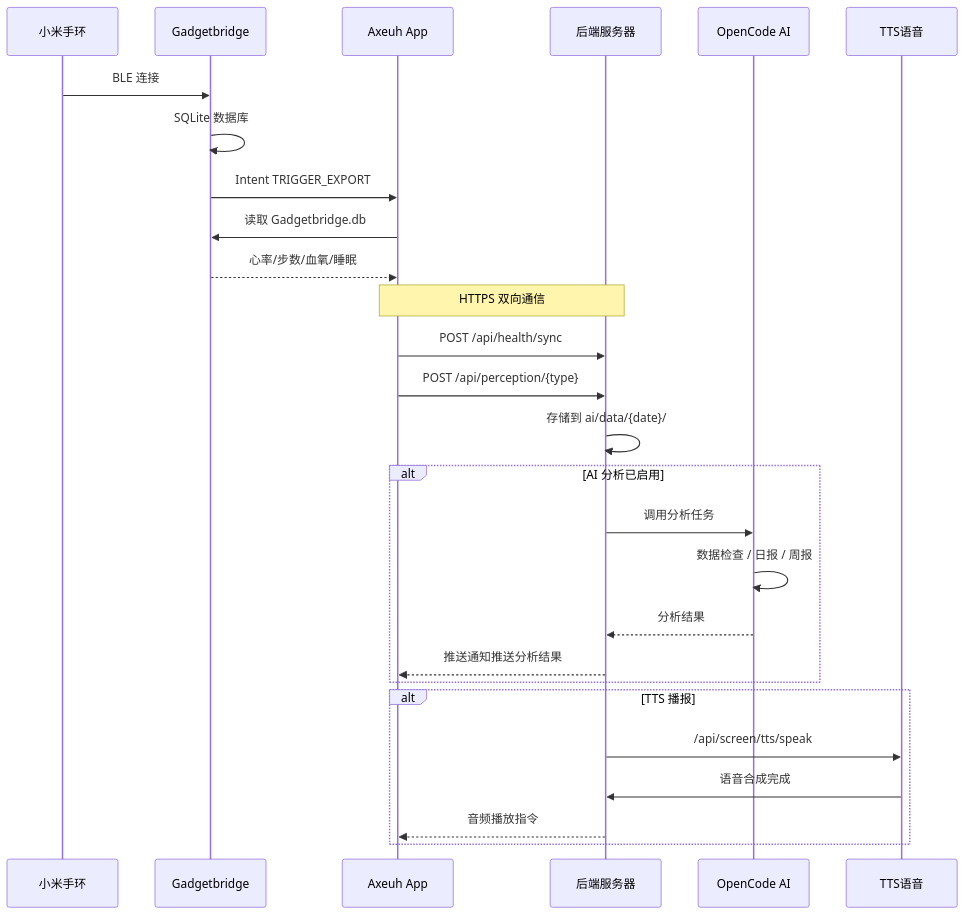
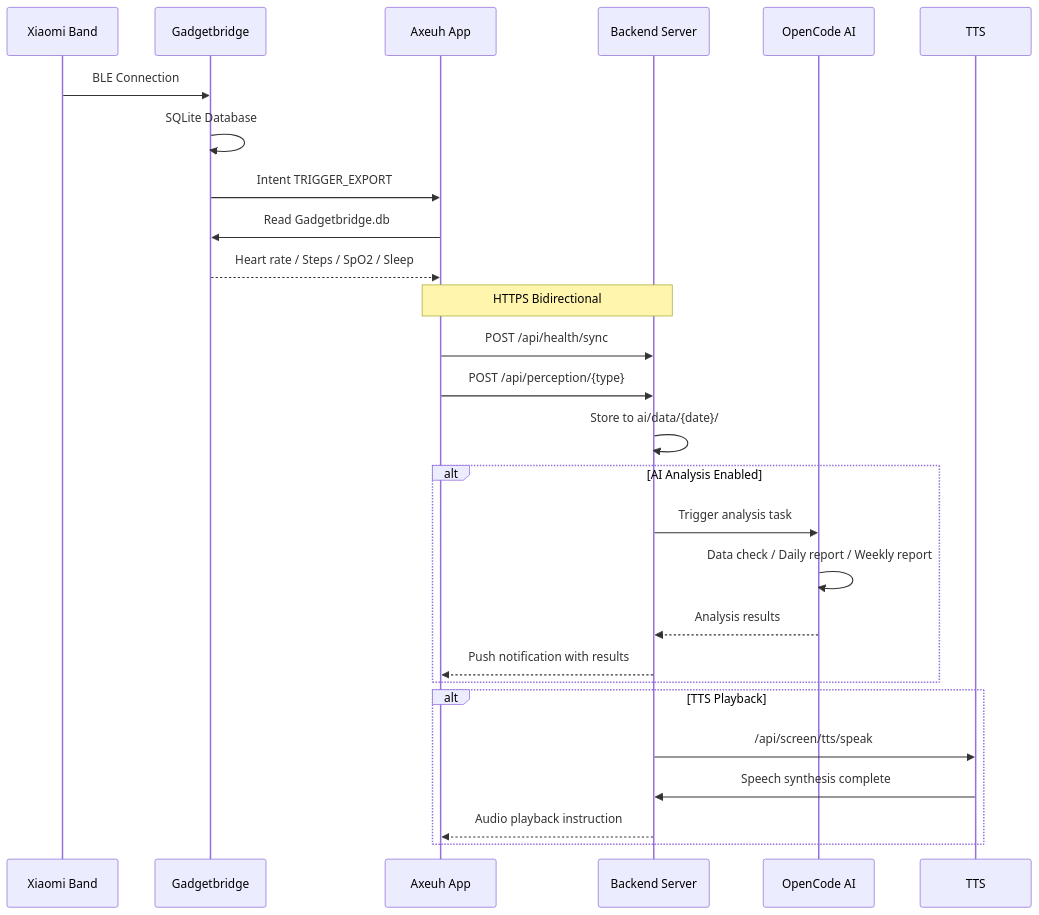
One commit to Axeuh/LiveLog-AI changed the second of 2 diagrams in README.md. Above: the diagram before and after it, drawn with Mermaid. The commit also changed other lines of this file and 1 other file, not shown here.

````diff
--- a/README.md
+++ b/README.md
@@ -91,34 +93,34 @@
 ```mermaid
 sequenceDiagram
-    participant B as 小米手环
+    participant B as Xiaomi Band
     participant G as Gadgetbridge
     participant A as Axeuh App
-    participant S as 后端服务器
+    participant S as Backend Server
     participant AI as OpenCode AI
-    participant T as TTS语音
+    participant T as TTS
 
-    B->>G: BLE 连接
-    G->>G: SQLite 数据库
+    B->>G: BLE Connection
+    G->>G: SQLite Database
     G->>A: Intent TRIGGER_EXPORT
-    A->>G: 读取 Gadgetbridge.db
-    G-->>A: 心率/步数/血氧/睡眠
+    A->>G: Read Gadgetbridge.db
+    G-->>A: Heart rate / Steps / SpO2 / Sleep
 
-    Note over A,S: HTTPS 双向通信
+    Note over A,S: HTTPS Bidirectional
 
     A->>S: POST /api/health/sync
     A->>S: POST /api/perception/{type}
-    S->>S: 存储到 ai/data/{date}/
+    S->>S: Store to ai/data/{date}/
 
-    alt AI 分析已启用
-        S->>AI: 调用分析任务
-        AI->>AI: 数据检查 / 日报 / 周报
-        AI-->>S: 分析结果
-        S-->>A: 推送通知推送分析结果
+    alt AI Analysis Enabled
+        S->>AI: Trigger analysis task
+        AI->>AI: Data check / Daily report / Weekly report
+        AI-->>S: Analysis results
+        S-->>A: Push notification with results
     end
 
-    alt TTS 播报
+    alt TTS Playback
         S->>T: /api/screen/tts/speak
-        T->>S: 语音合成完成
-        S-->>A: 音频播放指令
+        T->>S: Speech synthesis complete
+        S-->>A: Audio playback instruction
     end
 ```
````
